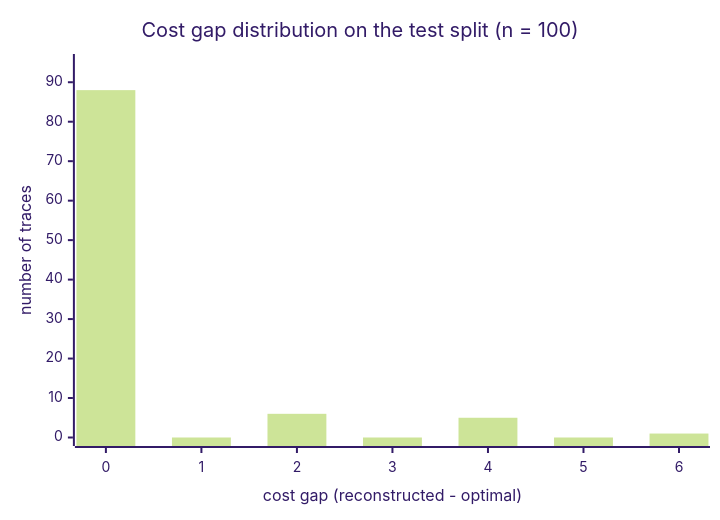
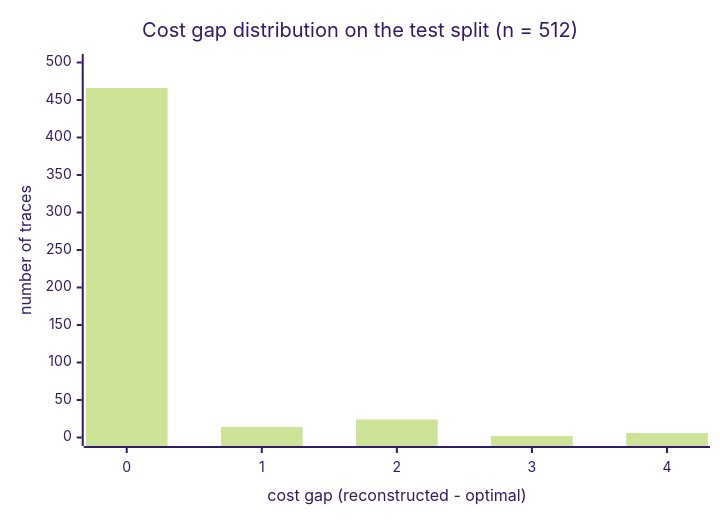
Before and after one commit to fit-alessandro-berti/lara-align: the first of 2 diagrams in paper/docs/assessment.md, drawn with Mermaid (forest theme). The commit also changed other lines of this file and 3 other files, not shown here.

````diff
--- a/paper/docs/assessment.md
+++ b/paper/docs/assessment.md
@@ -60,7 +70,7 @@
 ```mermaid
 xychart-beta
-    title "Cost gap distribution on the test split (n = 100)"
-    x-axis "cost gap (reconstructed - optimal)" [0, 1, 2, 3, 4, 5, 6]
-    y-axis "number of traces" 0 --> 95
-    bar [88, 0, 6, 0, 5, 0, 1]
+    title "Cost gap distribution on the test split (n = 512)"
+    x-axis "cost gap (reconstructed - optimal)" [0, 1, 2, 3, 4]
+    y-axis "number of traces" 0 --> 500
+    bar [466, 14, 24, 2, 6]
 ```
````
